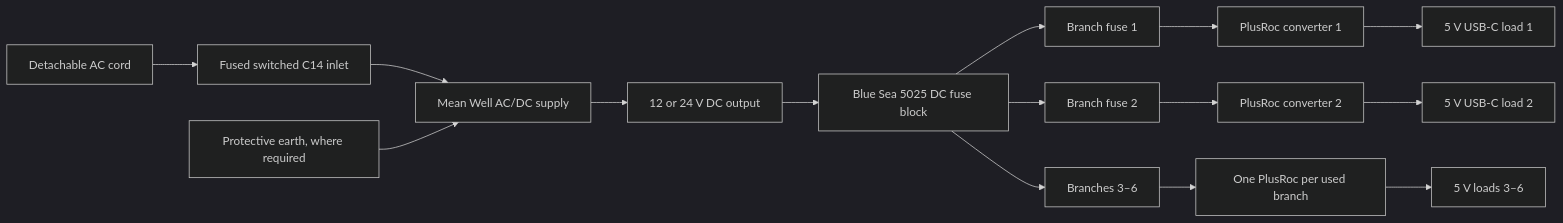
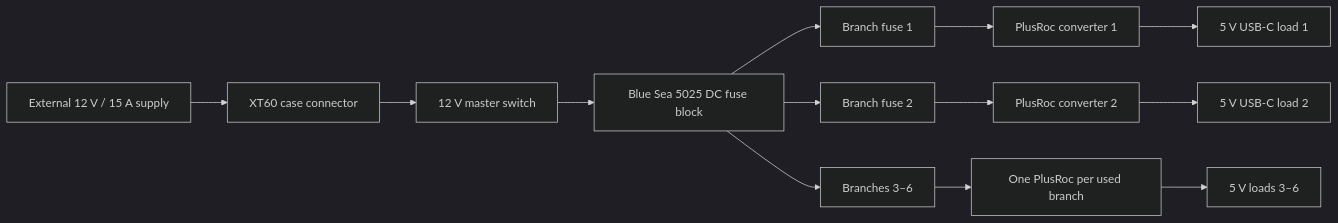
Before and after one commit to Andworx/Copilot-IoT-Game: the seventh of 8 diagrams in 3d Models/apache case/DESIGN_DOCUMENT.md, drawn with Mermaid (dark theme). The commit also changed other lines of this file and 1241 other files, not shown here.

````diff
--- a/3d Models/apache case/DESIGN_DOCUMENT.md
+++ b/3d Models/apache case/DESIGN_DOCUMENT.md
@@ -466,11 +686,9 @@
 ```mermaid
 flowchart LR
-    AC[Detachable AC cord] --> C14[Fused switched C14 inlet]
-    C14 --> PSU[Mean Well AC/DC supply]
-    PSU --> DC[12 or 24 V DC output]
-    DC --> FUSE[Blue Sea 5025 DC fuse block]
+    PSU[External 12 V / 15 A supply] --> XT60[XT60 case connector]
+    XT60 --> MASTER[12 V master switch]
+    MASTER --> FUSE[Blue Sea 5025 DC fuse block]
     FUSE --> B1[Branch fuse 1] --> C1[PlusRoc converter 1] --> L1[5 V USB-C load 1]
     FUSE --> B2[Branch fuse 2] --> C2[PlusRoc converter 2] --> L2[5 V USB-C load 2]
     FUSE --> BN[Branches 3–6] --> CN[One PlusRoc per used branch] --> LN[5 V loads 3–6]
-    PE[Protective earth, where required] --> PSU
 ```
````
